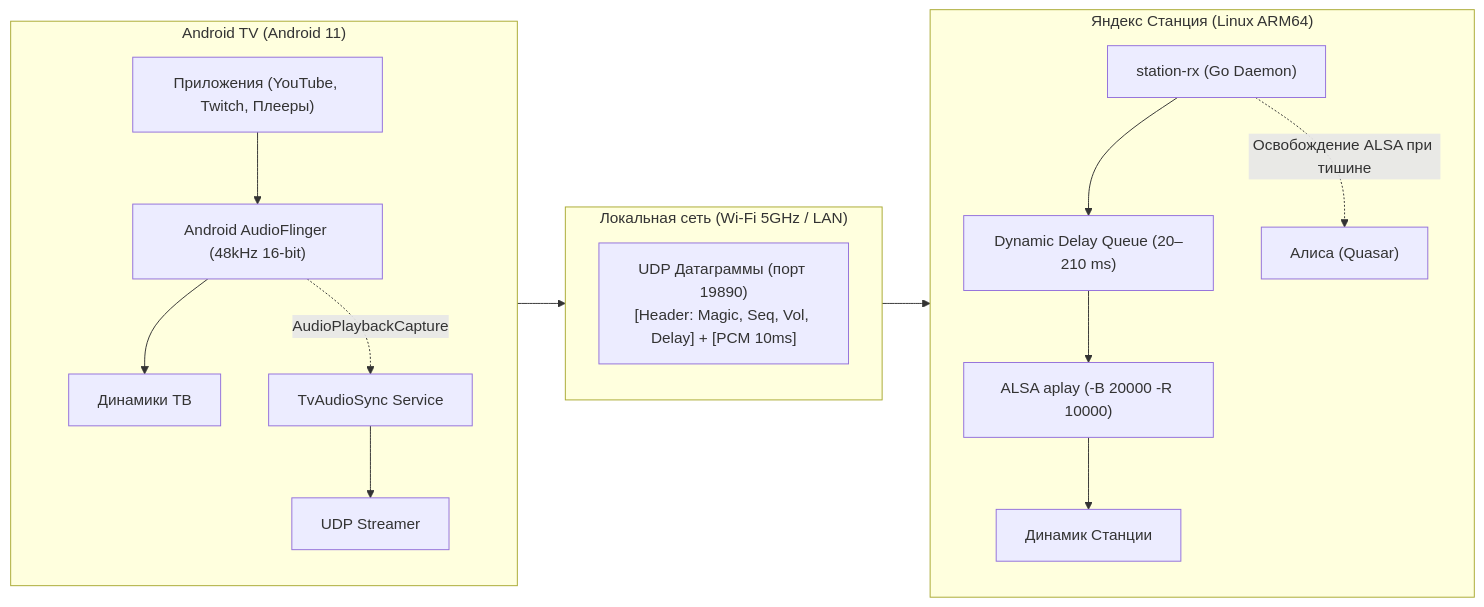
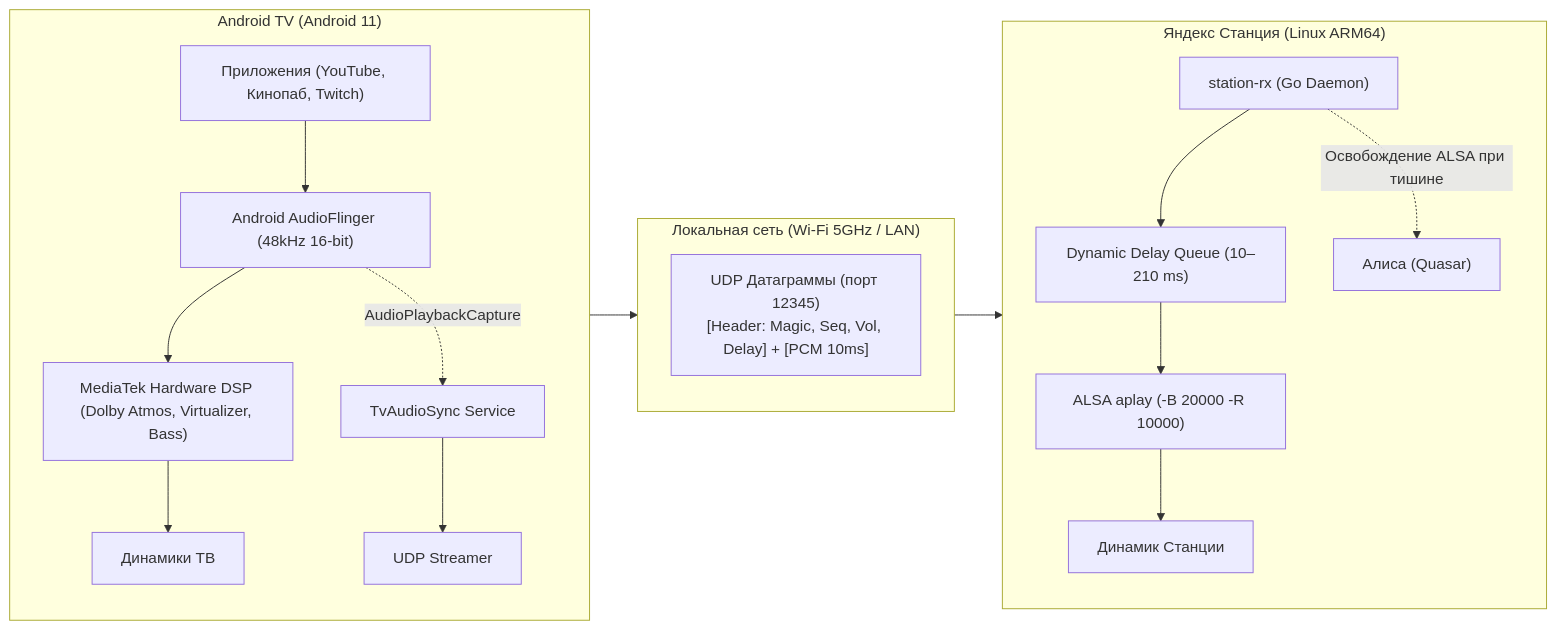
One commit to 07enzo07-cmd/tv-yandex-audio-sync changed the diagram in README.md. Above: the diagram before and after it, drawn with Mermaid. The commit also changed other lines of this file and 8 other files, not shown here.

Commit message:
feat(tv-app): add Kinopub 110ms auto-delay, DSP sound modules toggle UI (Dolby Atmos, DTS, DBX, Bass), and update README

````diff
--- a/README.md
+++ b/README.md
@@ -38,37 +44,38 @@
 ```mermaid
 flowchart LR
     subgraph TV["Android TV (Android 11)"]
         direction TB
-        APP["Приложения (YouTube, Twitch, Плееры)"]
+        APP["Приложения (YouTube, Кинопаб, Twitch)"]
         HAL["Android AudioFlinger (48kHz 16-bit)"]
+        DSP["MediaTek Hardware DSP (Dolby Atmos, Virtualizer, Bass)"]
         SPK_TV["Динамики ТВ"]
         SERVICE["TvAudioSync Service"]
         UDP_SEND["UDP Streamer"]
         
         APP --> HAL
-        HAL --> SPK_TV
+        HAL --> DSP --> SPK_TV
         HAL -.->|AudioPlaybackCapture| SERVICE
         SERVICE --> UDP_SEND
     end
 
     subgraph NET["Локальная сеть (Wi-Fi 5GHz / LAN)"]
-        UDP_PKT["UDP Датаграммы (порт 19890)\n[Header: Magic, Seq, Vol, Delay] + [PCM 10ms]"]
+        UDP_PKT["UDP Датаграммы (порт 12345)\n[Header: Magic, Seq, Vol, Delay] + [PCM 10ms]"]
     end
 
     subgraph STATION["Яндекс Станция (Linux ARM64)"]
         direction TB
         DAEMON["station-rx (Go Daemon)"]
-        QUEUE["Dynamic Delay Queue (20–210 ms)"]
+        QUEUE["Dynamic Delay Queue (10–210 ms)"]
         ALSA["ALSA aplay (-B 20000 -R 10000)"]
         SPK_ST["Динамик Станции"]
         ALICE["Алиса (Quasar)"]
 
         DAEMON --> QUEUE
         QUEUE --> ALSA
         ALSA --> SPK_ST
         DAEMON -.->|Освобождение ALSA при тишине| ALICE
     end
 
     UDP_SEND --> NET
     NET --> DAEMON
 ```
````
